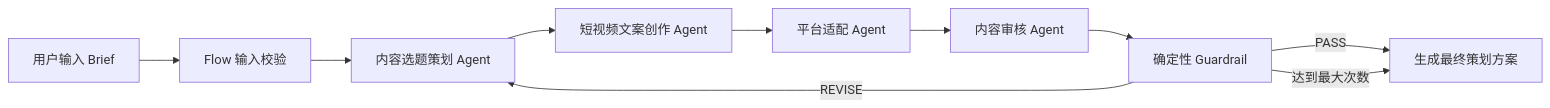
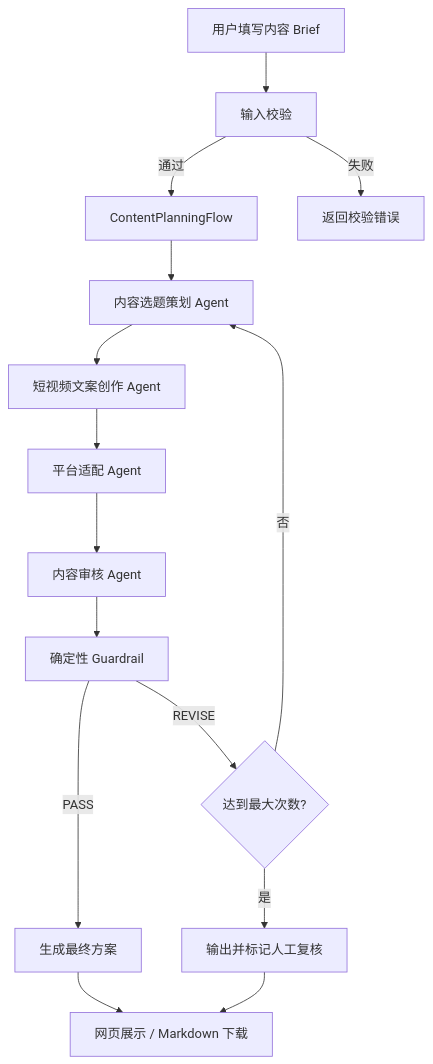
The diagram in README.md (jiangxinjie02-lgtm/multi-platform-content-agent), drawn with Mermaid before and after one commit. The commit also changed other lines of this file, not shown here.

````diff
--- a/README.md
+++ b/README.md
@@ -21,12 +44,20 @@
 ```mermaid
-flowchart LR
-    U[用户输入 Brief] --> V[Flow 输入校验]
-    V --> S[内容选题策划 Agent]
+flowchart TD
+    U[用户填写内容 Brief] --> V[输入校验]
+    V -->|通过| F[ContentPlanningFlow]
+    V -->|失败| E[返回校验错误]
+
+    F --> S[内容选题策划 Agent]
     S --> C[短视频文案创作 Agent]
     C --> P[平台适配 Agent]
     P --> R[内容审核 Agent]
     R --> G[确定性 Guardrail]
-    G -->|PASS| F[生成最终策划方案]
-    G -->|REVISE| S
-    G -->|达到最大次数| F
+
+    G -->|PASS| O[生成最终方案]
+    G -->|REVISE| Q{达到最大次数?}
+    Q -->|否| S
+    Q -->|是| H[输出并标记人工复核]
+
+    O --> D[网页展示 / Markdown 下载]
+    H --> D
 ```
````
